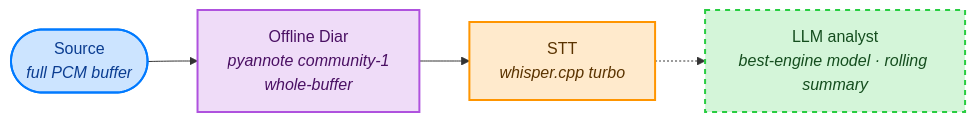
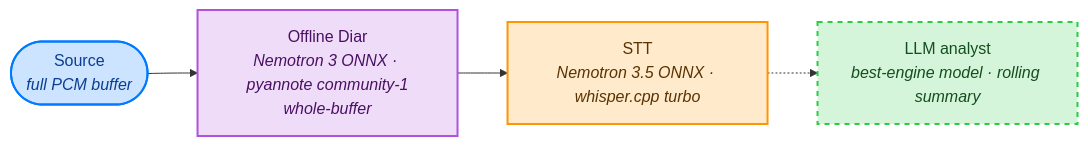
Before and after one commit to warith-harchaoui/vocal-helper: the second of 2 diagrams in README.md, drawn with Mermaid. The commit also changed other lines of this file and 11 other files, not shown here.

````diff
--- a/README.md
+++ b/README.md
@@ -95,12 +95,12 @@
 ```mermaid
 flowchart LR
     S([Source<br/><i>full PCM buffer</i>]):::source
-      --> D[Offline Diar<br/><i>pyannote community-1<br/>whole-buffer</i>]:::diar
-      --> A[STT<br/><i>whisper.cpp turbo</i>]:::asr
+      --> D[Offline Diar<br/><i>Nemotron 3 ONNX · pyannote community-1<br/>whole-buffer</i>]:::diar
+      --> A[STT<br/><i>Nemotron 3.5 ONNX · whisper.cpp turbo</i>]:::asr
       -.-> L[LLM analyst<br/><i>best-engine model · rolling summary</i>]:::llm
 
     classDef source fill:#CCE4FF,stroke:#007AFF,stroke-width:2px,color:#0b3d91
     classDef diar   fill:#EFDCF8,stroke:#AF52DE,stroke-width:2px,color:#4a1063
     classDef asr    fill:#FFEACC,stroke:#FF9500,stroke-width:2px,color:#5a3300
     classDef llm    fill:#D4F5D9,stroke:#28CD41,stroke-width:2px,color:#144d1e,stroke-dasharray: 5 5
 ```
````
